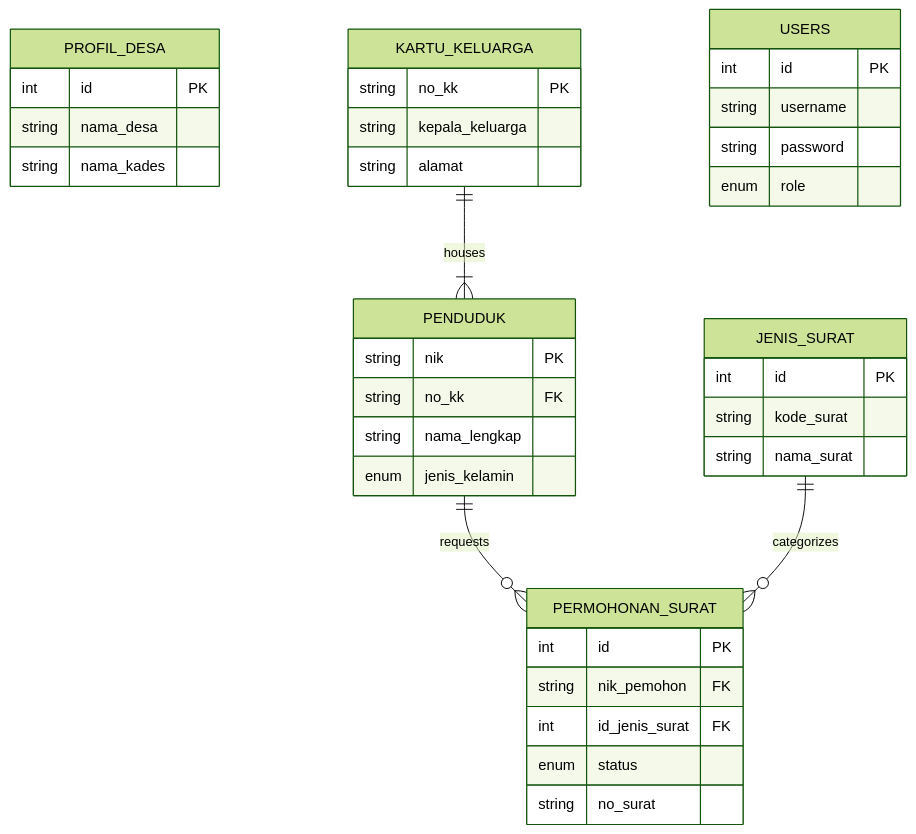
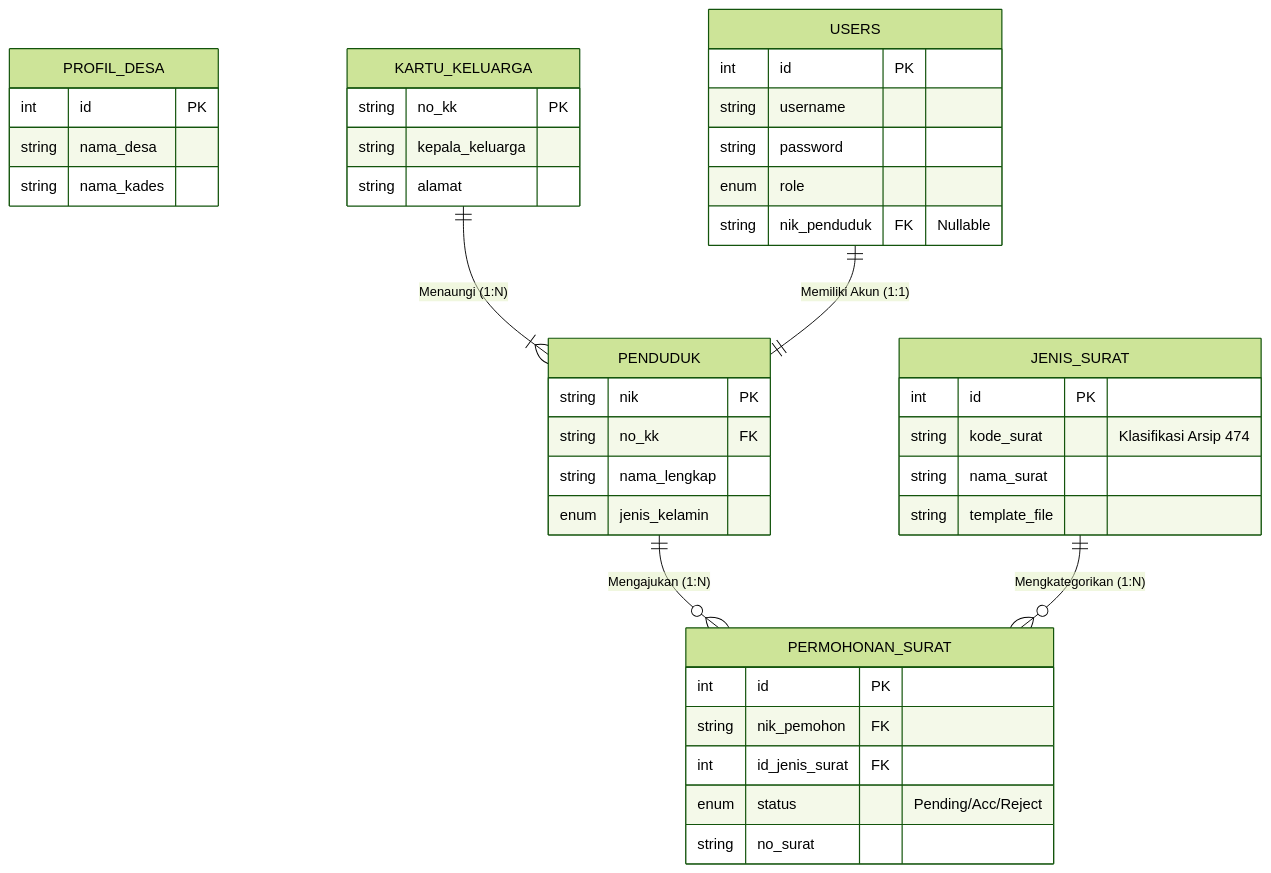
Before and after one commit to Diva-Baihaqi/SIPAD-CIAWIASIH: the first of 3 diagrams in docs/1. laporan_tugas/laporan_divabaihaqi.md, drawn with Mermaid (forest theme). The commit also changed other lines of this file and 9 other files, not shown here.

````diff
--- a/docs/1. laporan_tugas/laporan_divabaihaqi.md
+++ b/docs/1. laporan_tugas/laporan_divabaihaqi.md
@@ -145,40 +312,43 @@
 ```mermaid
 erDiagram
     PROFIL_DESA {
         int id PK
         string nama_desa
         string nama_kades
     }
     JENIS_SURAT {
         int id PK
-        string kode_surat
+        string kode_surat "Klasifikasi Arsip 474"
         string nama_surat
+        string template_file
     }
-    KARTU_KELUARGA ||--|{ PENDUDUK : houses
+    KARTU_KELUARGA ||--|{ PENDUDUK : "Menaungi (1:N)"
     KARTU_KELUARGA {
         string no_kk PK
         string kepala_keluarga
         string alamat
     }
-    PENDUDUK ||--o{ PERMOHONAN_SURAT : requests
+    PENDUDUK ||--o{ PERMOHONAN_SURAT : "Mengajukan (1:N)"
     PENDUDUK {
         string nik PK
         string no_kk FK
         string nama_lengkap
         enum jenis_kelamin
     }
-    JENIS_SURAT ||--o{ PERMOHONAN_SURAT : categorizes
+    JENIS_SURAT ||--o{ PERMOHONAN_SURAT : "Mengkategorikan (1:N)"
     PERMOHONAN_SURAT {
         int id PK
         string nik_pemohon FK
         int id_jenis_surat FK
-        enum status
+        enum status "Pending/Acc/Reject"
         string no_surat
     }
+    USERS ||--|| PENDUDUK : "Memiliki Akun (1:1)"
     USERS {
         int id PK
         string username
         string password
         enum role
+        string nik_penduduk FK "Nullable"
     }
 ```
````
